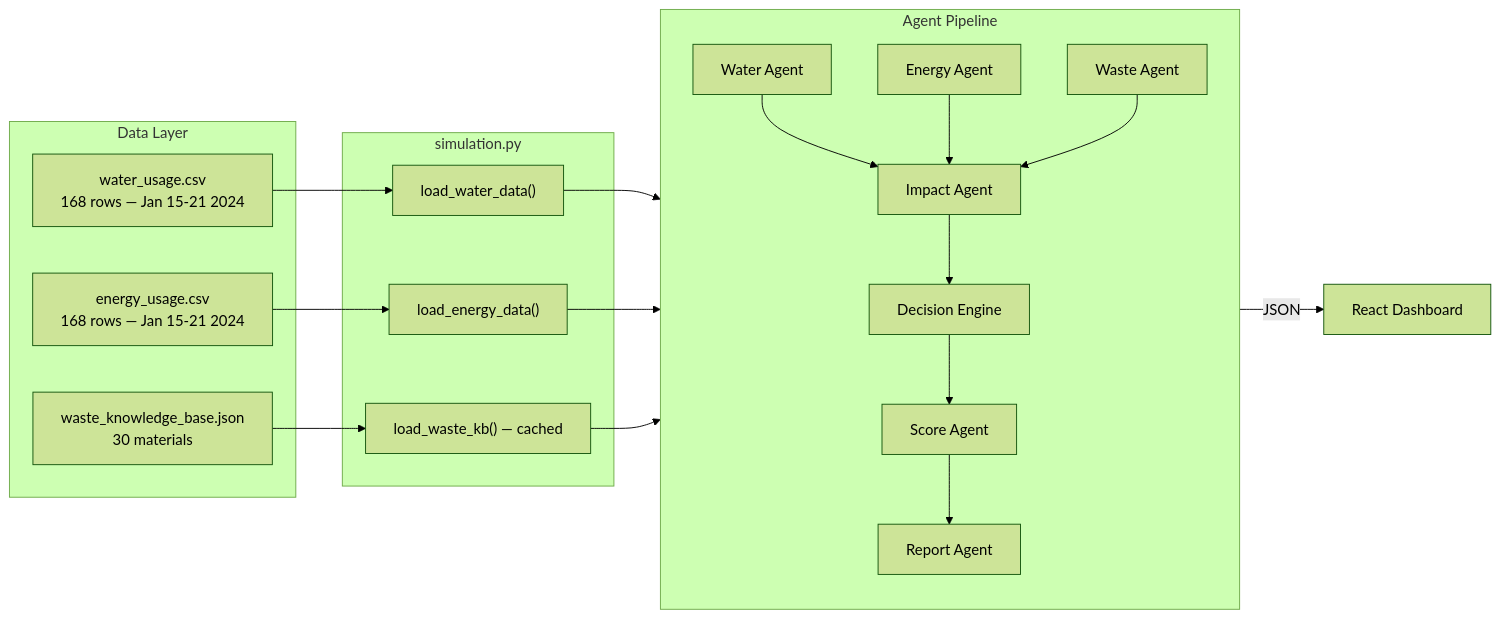
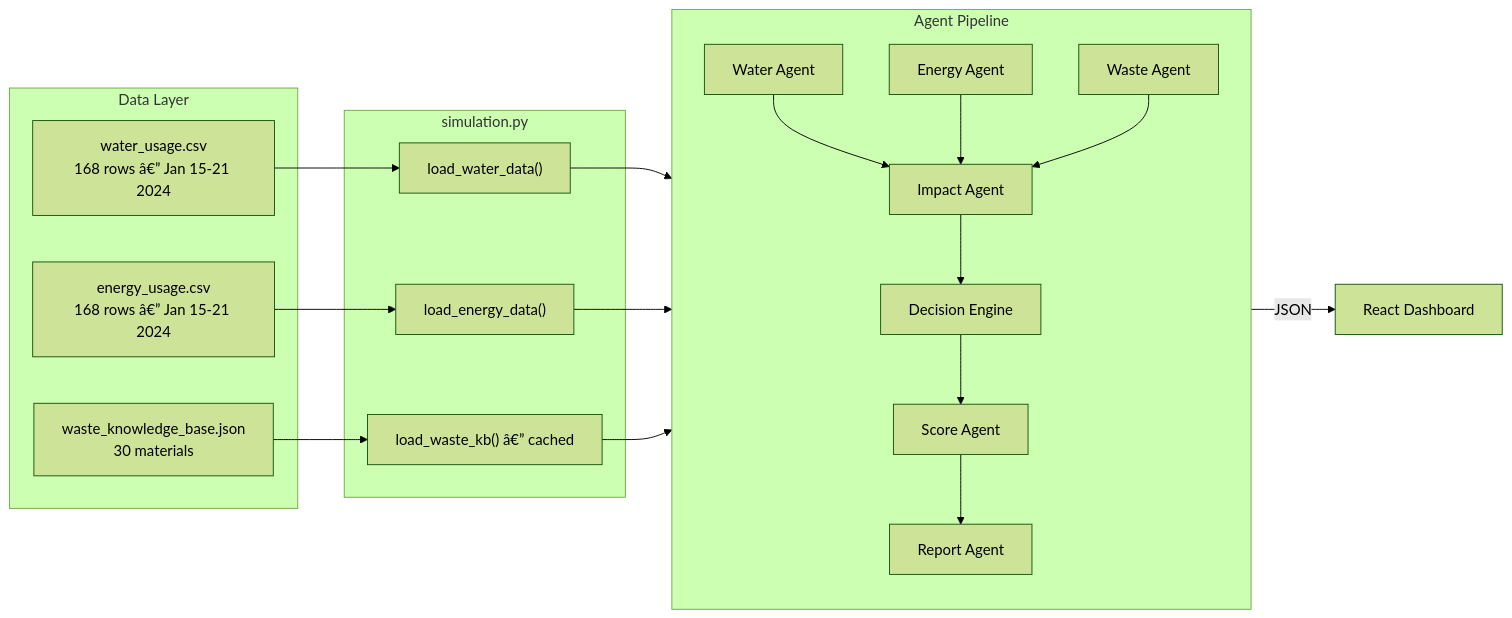
The third of 3 diagrams in README.md (DivyaShreeS09/RE-GEN-AI), drawn with Mermaid (forest theme) before and after one commit. The commit also changed other lines of this file, not shown here.

````diff
--- a/README.md
+++ b/README.md
@@ -105,29 +105,29 @@
 ```mermaid
 graph LR
     subgraph "Data Layer"
-        WC["water_usage.csv\n168 rows — Jan 15-21 2024"]
-        EC["energy_usage.csv\n168 rows — Jan 15-21 2024"]
+        WC["water_usage.csv\n168 rows â€” Jan 15-21 2024"]
+        EC["energy_usage.csv\n168 rows â€” Jan 15-21 2024"]
         KB["waste_knowledge_base.json\n30 materials"]
     end
 
     subgraph "simulation.py"
         LW["load_water_data()"]
         LE["load_energy_data()"]
-        LK["load_waste_kb() — cached"]
+        LK["load_waste_kb() â€” cached"]
     end
 
     subgraph "Agent Pipeline"
         direction TB
         WAgent["Water Agent"] --> IAgent["Impact Agent"]
         EAgent["Energy Agent"] --> IAgent
         WsAgent["Waste Agent"] --> IAgent
         IAgent --> DAgent["Decision Engine"]
         DAgent --> SAgent["Score Agent"]
         SAgent --> RAgent["Report Agent"]
     end
 
     WC --> LW --> WAgent
     EC --> LE --> EAgent
     KB --> LK --> WsAgent
     RAgent -->|"JSON"| FE["React Dashboard"]
 ```
````
